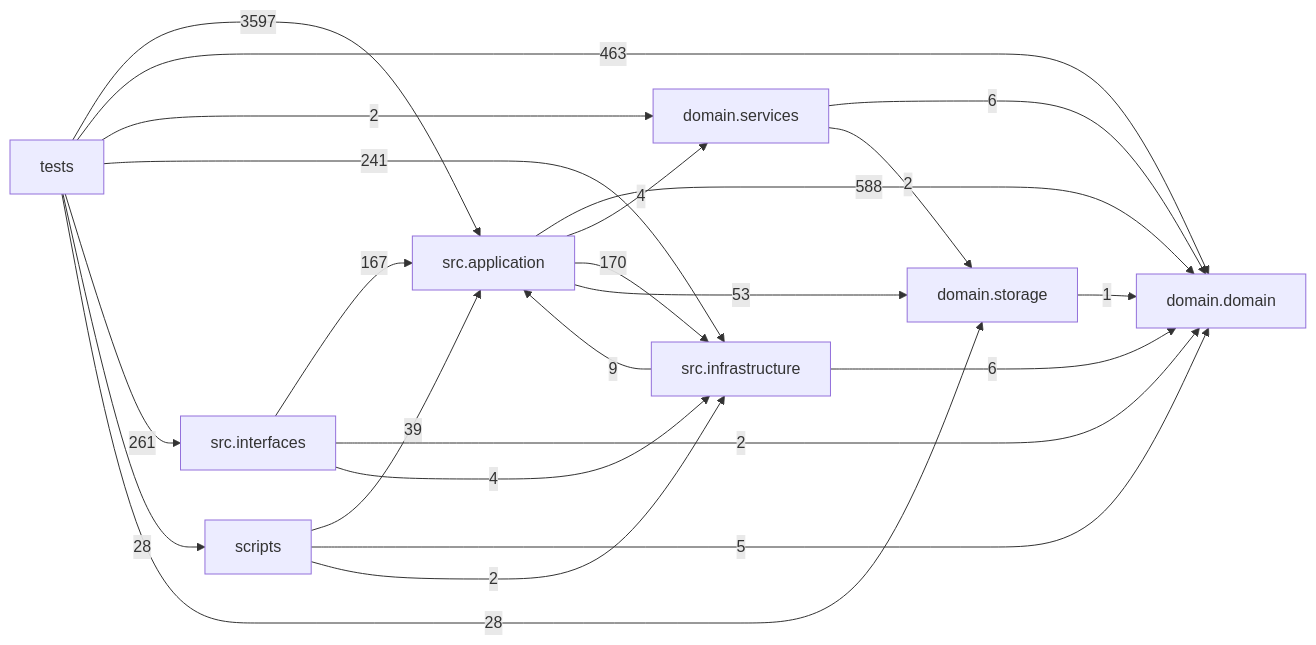
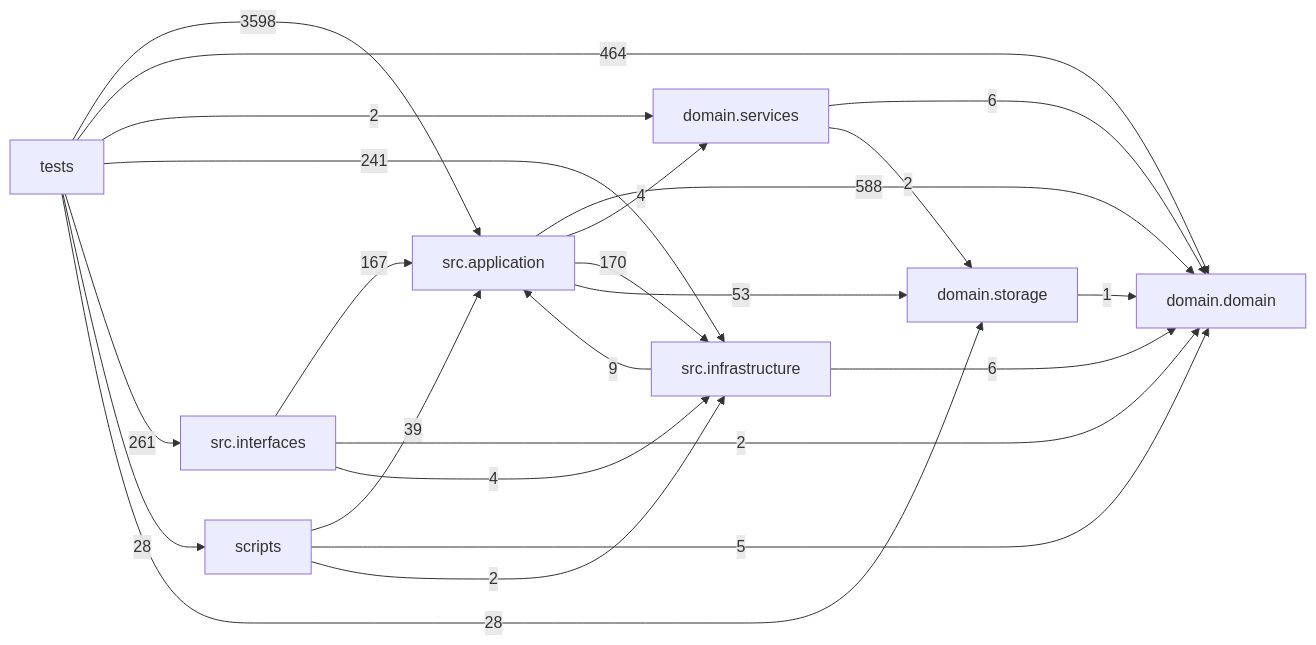
Before and after one commit to liuxie066/options-monitor: the diagram in docs/DEPENDENCY_GRAPH.md, drawn with Mermaid. The commit also changed other lines of this file and 6 other files, not shown here.

````diff
--- a/docs/DEPENDENCY_GRAPH.md
+++ b/docs/DEPENDENCY_GRAPH.md
@@ -24,33 +24,33 @@
 ```mermaid
 flowchart LR
   tests["tests"]
   scripts["scripts"]
   interfaces["src.interfaces"]
   application["src.application"]
   infrastructure["src.infrastructure"]
   domain_services["domain.services"]
   domain["domain.domain"]
   storage["domain.storage"]
   application -->|588| domain
   application -->|4| domain_services
   application -->|170| infrastructure
   application -->|53| storage
   domain_services -->|6| domain
   domain_services -->|2| storage
   infrastructure -->|9| application
   infrastructure -->|6| domain
   interfaces -->|167| application
   interfaces -->|2| domain
   interfaces -->|4| infrastructure
   scripts -->|39| application
   scripts -->|5| domain
   scripts -->|2| infrastructure
   storage -->|1| domain
-  tests -->|3597| application
-  tests -->|463| domain
+  tests -->|3598| application
+  tests -->|464| domain
   tests -->|2| domain_services
   tests -->|241| infrastructure
   tests -->|261| interfaces
   tests -->|28| scripts
   tests -->|28| storage
 ```
````
